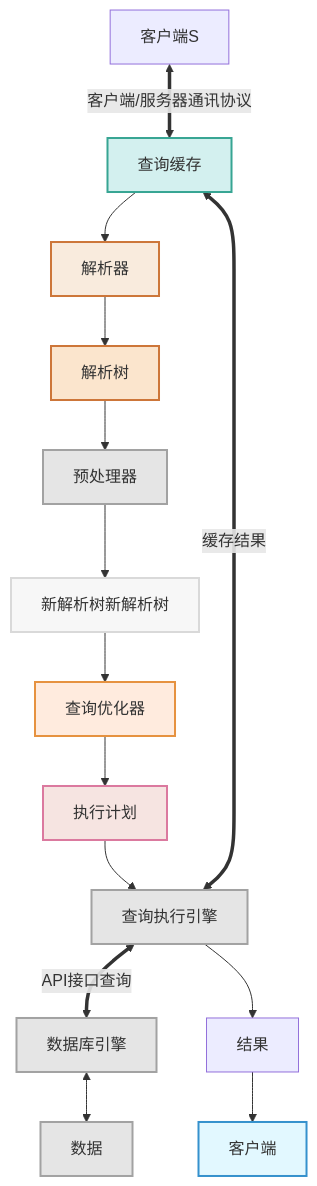
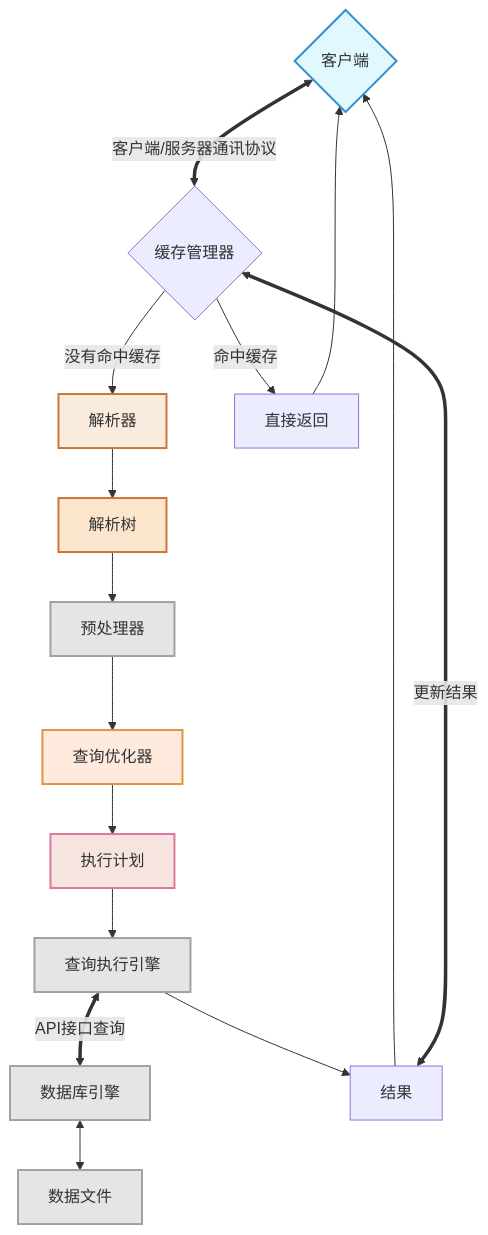
Before and after one commit to singerinsky/study_code: the diagram in src/doc/mysql_server.md, drawn with Mermaid. The commit also changed other lines of this file and 23 other files, not shown here.

````diff
--- a/src/doc/mysql_server.md
+++ b/src/doc/mysql_server.md
@@ -3,21 +4,24 @@
 ```mermaid
 graph TB
-    style 客户端 fill:#e2f8ff,stroke:#3591cd,stroke-width:2px;
-    style 查询缓存 fill:#d3f0ef,stroke:#37a593,stroke-width:2px;
+    style S fill:#e2f8ff,stroke:#3591cd,stroke-width:2px;
+
     style 解析器 fill:#f9ebdd,stroke:#cd7639,stroke-width:2px;
     style 解析树 fill:#fbe5cd,stroke:#cd7639,stroke-width:2px;
     style 预处理器 fill:#e5e5e5,stroke:#a2a2a2,stroke-width:2px;
-    style 新解析树新解析树 fill:#f7f7f7,stroke:#d9d9d9,stroke-width:2px;
+
     style 查询优化器 fill:#ffebde,stroke:#e69240,stroke-width:2px;
     style 执行计划 fill:#f6e4e1,stroke:#db799f,stroke-width:2px;
     style 查询执行引擎 fill:#e5e5e5,stroke:#a2a2a2,stroke-width:2px;
     style 数据库引擎 fill:#e5e5e5,stroke:#a2a2a2,stroke-width:2px;
-    style 数据 fill:#e5e5e5,stroke:#a2a2a2,stroke-width:2px;
+    style 数据文件 fill:#e5e5e5,stroke:#a2a2a2,stroke-width:2px;
 
-    客户端S <==客户端/服务器通讯协议==> 查询缓存-->解析器-->解析树-->预处理器-->新解析树新解析树-->查询优化器-->执行计划-->查询执行引擎    
-    查询执行引擎<==缓存结果==>查询缓存
-    查询执行引擎<==API接口查询==>数据库引擎<-->数据
-    查询执行引擎-->结果-->客户端
+    S{客户端} <==客户端/服务器通讯协议==> c{缓存管理器}
+    c-->|没有命中缓存|解析器-->解析树-->预处理器-->查询优化器-->执行计划-->查询执行引擎  
+    c-->|命中缓存|直接返回-->S  
+
+    查询执行引擎<==API接口查询==>数据库引擎<-->数据文件
+    查询执行引擎-->结果-->S
+    结果<==更新结果==>c
 
 
 ```
````
